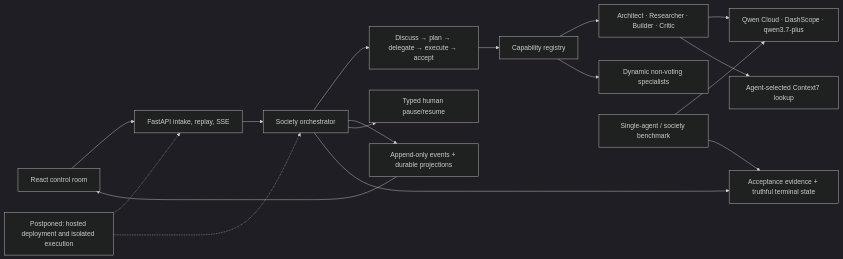
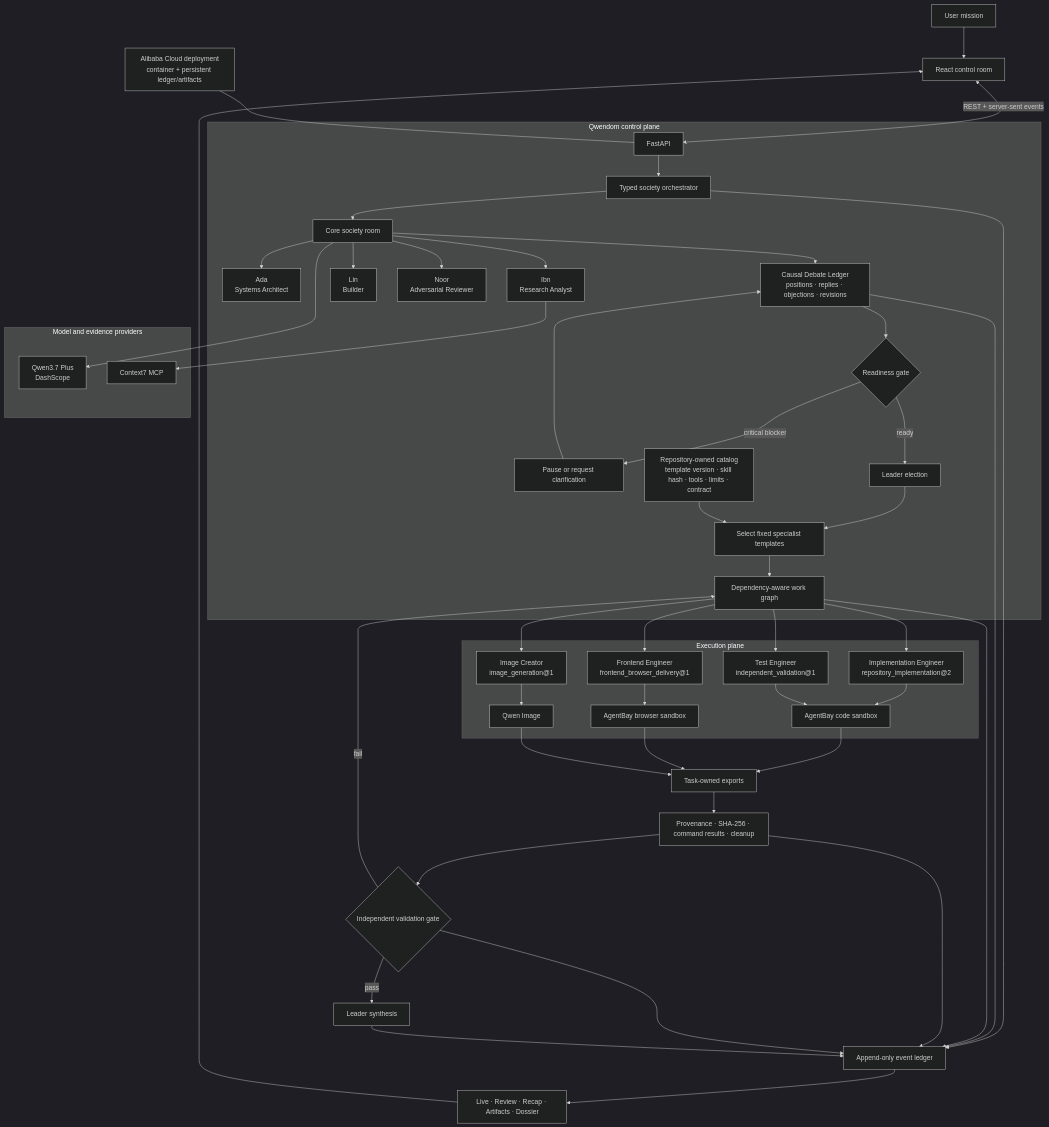
Before and after one commit to yamedoff/qwendom: the diagram in docs/HACKATHON_ARCHITECTURE.md, drawn with Mermaid (dark theme). The commit also changed other lines of this file and 9 other files, not shown here.

First line of the commit message:
Rework Qwendom documentation and architecture

````diff
--- a/docs/HACKATHON_ARCHITECTURE.md
+++ b/docs/HACKATHON_ARCHITECTURE.md
@@ -7,20 +13,58 @@
 ```mermaid
-flowchart LR
-  UI["React control room"] --> API["FastAPI intake, replay, SSE"]
-  API --> ORCH["Society orchestrator"]
-  ORCH --> PHASES["Discuss → plan → delegate → execute → accept"]
-  PHASES --> REG["Capability registry"]
-  REG --> CORE["Architect · Researcher · Builder · Critic"]
-  REG --> SPEC["Dynamic non-voting specialists"]
-  CORE --> QWEN["Qwen Cloud · DashScope · qwen3.7-plus"]
-  CORE --> C7["Agent-selected Context7 lookup"]
-  ORCH --> EVENTS["Append-only events + durable projections"]
-  EVENTS --> UI
-  ORCH --> HITL["Typed human pause/resume"]
-  ORCH --> ACCEPT["Acceptance evidence + truthful terminal state"]
-  BENCH["Single-agent / society benchmark"] --> QWEN
-  BENCH --> ACCEPT
+flowchart TB
+  USER["User mission"] --> WEB["React control room"]
+  WEB <-->|"REST + server-sent events"| API["FastAPI"]
 
-  FUTURE["Postponed: hosted deployment and isolated execution"] -.-> API
-  FUTURE -.-> ORCH
+  subgraph CONTROL["Qwendom control plane"]
+    API --> ORCH["Typed society orchestrator"]
+    ORCH --> ROOM["Core society room"]
+    ROOM --> ADA["Ada<br/>Systems Architect"]
+    ROOM --> IBN["Ibn<br/>Research Analyst"]
+    ROOM --> LIN["Lin<br/>Builder"]
+    ROOM --> NOOR["Noor<br/>Adversarial Reviewer"]
+    ROOM --> DEBATE["Causal Debate Ledger<br/>positions · replies · objections · revisions"]
+    DEBATE --> READINESS{"Readiness gate"}
+    READINESS -->|"critical blocker"| HUMAN["Pause or request clarification"]
+    HUMAN --> DEBATE
+    READINESS -->|"ready"| ELECTION["Leader election"]
+    ELECTION --> SELECT["Select fixed specialist templates"]
+    CATALOG["Repository-owned catalog<br/>template version · skill hash · tools · limits · contract"] --> SELECT
+    SELECT --> WORK["Dependency-aware work graph"]
+  end
+
+  subgraph EXECUTION["Execution plane"]
+    WORK --> BUILDER["Implementation Engineer<br/>repository_implementation@2"]
+    WORK --> FRONTEND["Frontend Engineer<br/>frontend_browser_delivery@1"]
+    WORK --> IMAGE["Image Creator<br/>image_generation@1"]
+    WORK --> TESTER["Test Engineer<br/>independent_validation@1"]
+
+    BUILDER --> AB_CODE["AgentBay code sandbox"]
+    FRONTEND --> AB_BROWSER["AgentBay browser sandbox"]
+    TESTER --> AB_CODE
+    IMAGE --> QIMAGE["Qwen Image"]
+  end
+
+  subgraph PROVIDERS["Model and evidence providers"]
+    ROOM --> QWEN["Qwen3.7 Plus<br/>DashScope"]
+    IBN --> CONTEXT7["Context7 MCP"]
+  end
+
+  AB_CODE --> EXPORTS["Task-owned exports"]
+  AB_BROWSER --> EXPORTS
+  QIMAGE --> EXPORTS
+  EXPORTS --> PROOF["Provenance · SHA-256 · command results · cleanup"]
+  PROOF --> VALIDATE{"Independent validation gate"}
+  VALIDATE -->|"fail"| WORK
+  VALIDATE -->|"pass"| SYNTH["Leader synthesis"]
+
+  ORCH --> EVENTS["Append-only event ledger"]
+  DEBATE --> EVENTS
+  WORK --> EVENTS
+  PROOF --> EVENTS
+  VALIDATE --> EVENTS
+  SYNTH --> EVENTS
+  EVENTS --> PROJECTIONS["Live · Review · Recap · Artifacts · Dossier"]
+  PROJECTIONS --> WEB
+
+  CLOUD["Alibaba Cloud deployment<br/>container + persistent ledger/artifacts"] --- API
 ```
````
